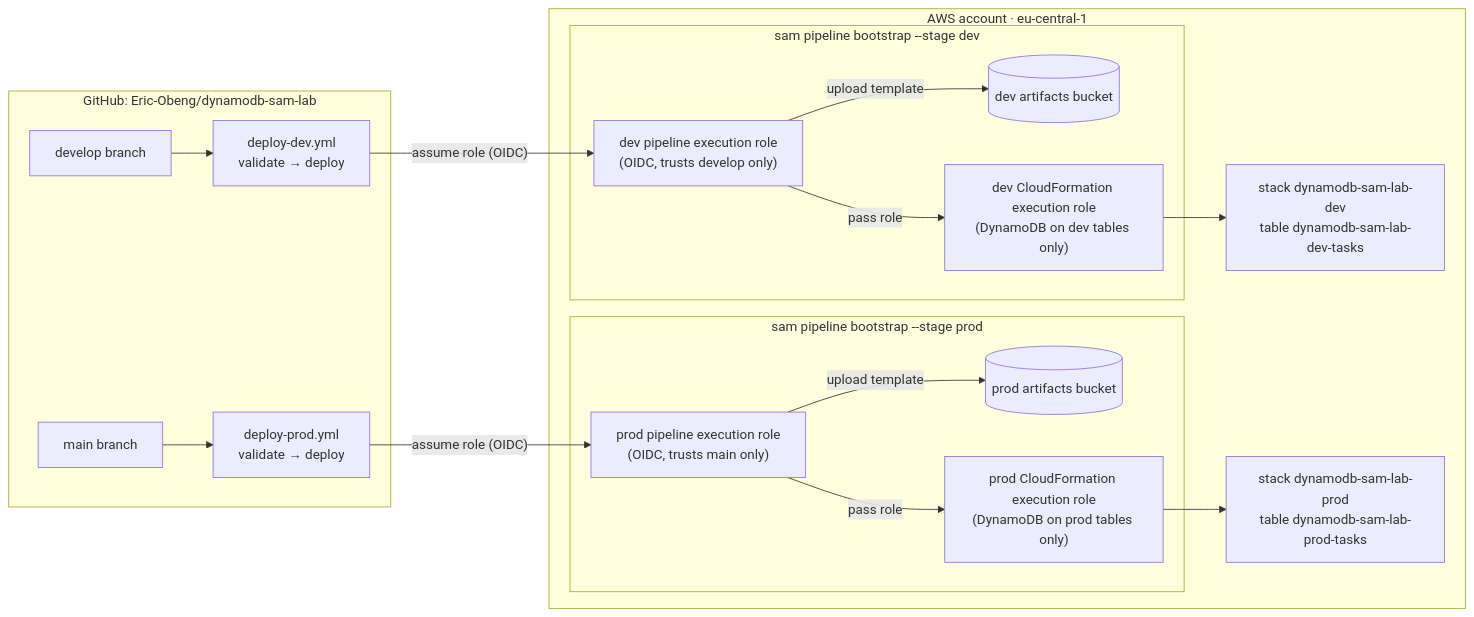
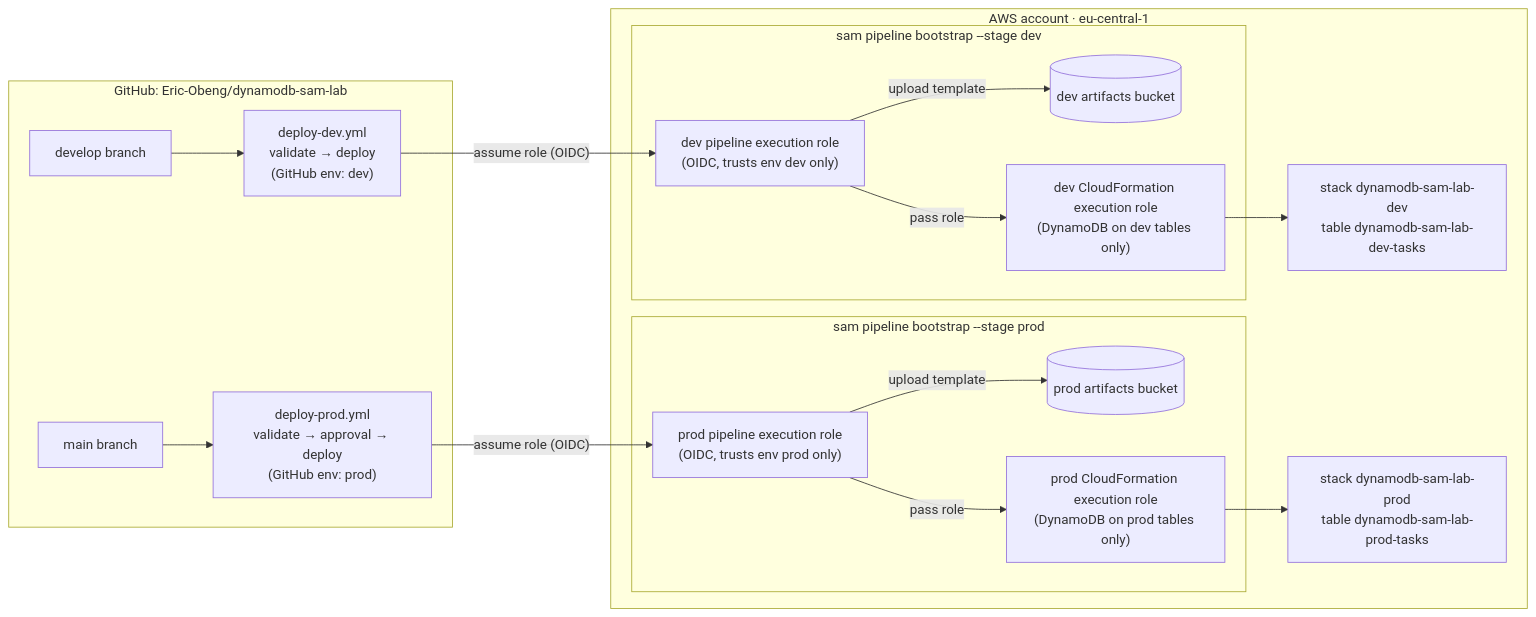
Before and after one commit to Eric-Obeng/dynamodb-sam-lab: the diagram in README.md, drawn with Mermaid. The commit also changed other lines of this file and 3 other files, not shown here.

First line of the commit message:
Deploy through GitHub environments with prod approval gate

````diff
--- a/README.md
+++ b/README.md
@@ -8,30 +8,30 @@
 ```mermaid
 flowchart LR
   subgraph GitHub["GitHub: Eric-Obeng/dynamodb-sam-lab"]
-    dev_branch["develop branch"] --> dev_wf["deploy-dev.yml<br/>validate → deploy"]
-    main_branch["main branch"] --> prod_wf["deploy-prod.yml<br/>validate → deploy"]
+    dev_branch["develop branch"] --> dev_wf["deploy-dev.yml<br/>validate → deploy<br/>(GitHub env: dev)"]
+    main_branch["main branch"] --> prod_wf["deploy-prod.yml<br/>validate → approval → deploy<br/>(GitHub env: prod)"]
   end
 
   subgraph AWS["AWS account · eu-central-1"]
     subgraph DevStage["sam pipeline bootstrap --stage dev"]
-      dev_role["dev pipeline execution role<br/>(OIDC, trusts develop only)"]
+      dev_role["dev pipeline execution role<br/>(OIDC, trusts env dev only)"]
       dev_bucket[("dev artifacts bucket")]
       dev_cfn_role["dev CloudFormation execution role<br/>(DynamoDB on dev tables only)"]
     end
     subgraph ProdStage["sam pipeline bootstrap --stage prod"]
-      prod_role["prod pipeline execution role<br/>(OIDC, trusts main only)"]
+      prod_role["prod pipeline execution role<br/>(OIDC, trusts env prod only)"]
       prod_bucket[("prod artifacts bucket")]
       prod_cfn_role["prod CloudFormation execution role<br/>(DynamoDB on prod tables only)"]
     end
     dev_stack["stack dynamodb-sam-lab-dev<br/>table dynamodb-sam-lab-dev-tasks"]
     prod_stack["stack dynamodb-sam-lab-prod<br/>table dynamodb-sam-lab-prod-tasks"]
   end
 
   dev_wf -- "assume role (OIDC)" --> dev_role
   dev_role -- "upload template" --> dev_bucket
   dev_role -- "pass role" --> dev_cfn_role --> dev_stack
 
   prod_wf -- "assume role (OIDC)" --> prod_role
   prod_role -- "upload template" --> prod_bucket
   prod_role -- "pass role" --> prod_cfn_role --> prod_stack
 ```
````
